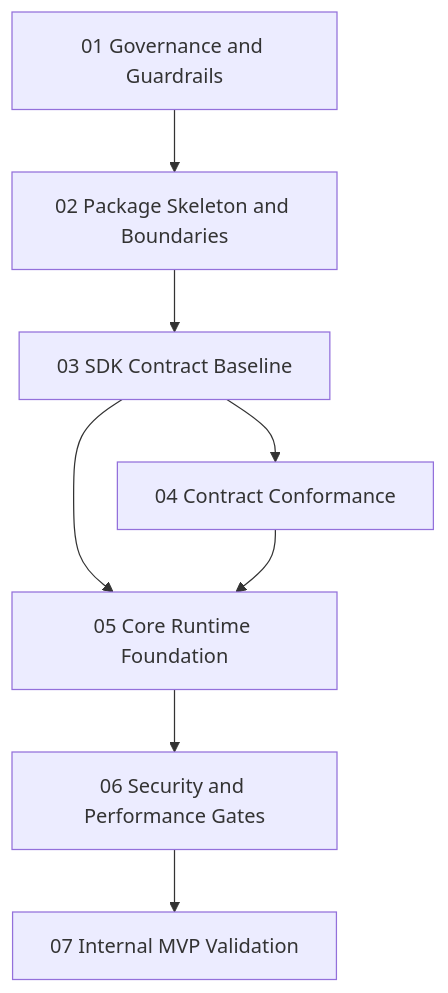
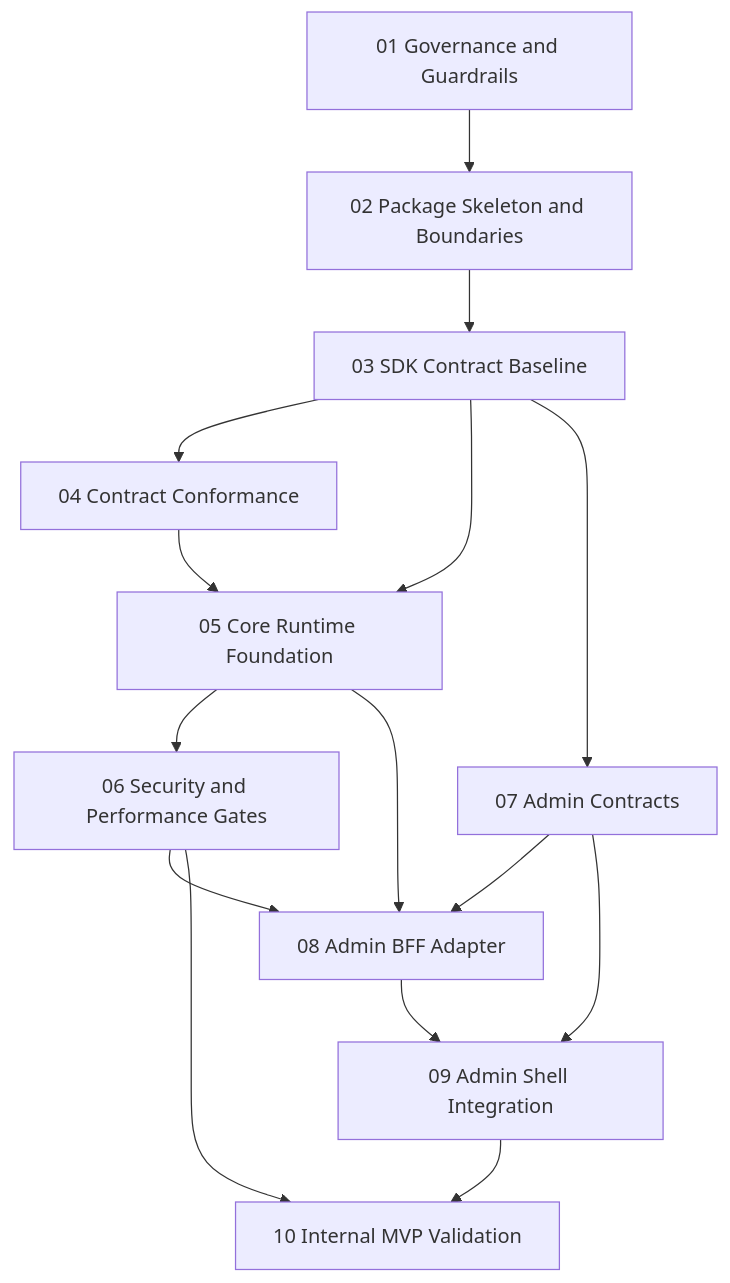
The diagram in .context/04-implementation-plan/README.md (prosto-systems/prosto-platform), drawn with Mermaid before and after one commit. The commit also changed other lines of this file and 18 other files, not shown here.

````diff
--- a/.context/04-implementation-plan/README.md
+++ b/.context/04-implementation-plan/README.md
@@ -73,10 +94,19 @@
 ```mermaid
 flowchart TD
   P01[01 Governance and Guardrails] --> P02[02 Package Skeleton and Boundaries]
   P02 --> P03[03 SDK Contract Baseline]
   P03 --> P04[04 Contract Conformance]
   P03 --> P05[05 Core Runtime Foundation]
   P04 --> P05
   P05 --> P06[06 Security and Performance Gates]
-  P06 --> P07[07 Internal MVP Validation]
+
+  P03 --> P07[07 Admin Contracts]
+  P05 --> P08[08 Admin BFF Adapter]
+  P06 --> P08
+  P07 --> P08
+  P07 --> P09[09 Admin Shell Integration]
+  P08 --> P09
+
+  P06 --> P10[10 Internal MVP Validation]
+  P09 --> P10
 ```
````
